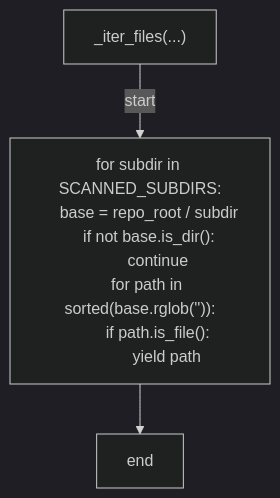
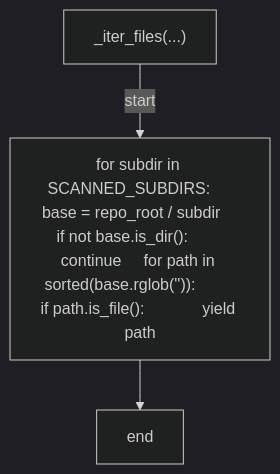
The second of 6 diagrams in docs/generated/scripts/ast/scan_compile_from_source.md (tvna/claude-md), drawn with Mermaid (dark theme) before and after one commit. The commit also changed other lines of this file and 29 other files, not shown here.

First line of the commit message:
docs(generated): regenerate decision tree and workflow diagrams (batch 3/5)

````diff
--- a/docs/generated/scripts/ast/scan_compile_from_source.md
+++ b/docs/generated/scripts/ast/scan_compile_from_source.md
@@ -24,14 +24,8 @@
 ```mermaid
 flowchart TD
     N001["_iter_files(...)"]
-    N002["for subdir in SCANNED_SUBDIRS:
-    base = repo_root / subdir
-    if not base.is_dir():
-        continue
-    for path in sorted(base.rglob('<str>')):
-        if path.is_file():
-            yield path"]
+    N002["for subdir in SCANNED_SUBDIRS:     base = repo_root / subdir     if not base.is_dir():         continue     for path in sorted(base.rglob('<str>')):         if path.is_file():             yield path"]
     N003["end"]
     N001 -->|"start"| N002
     N002 --> N003
 ```
````
